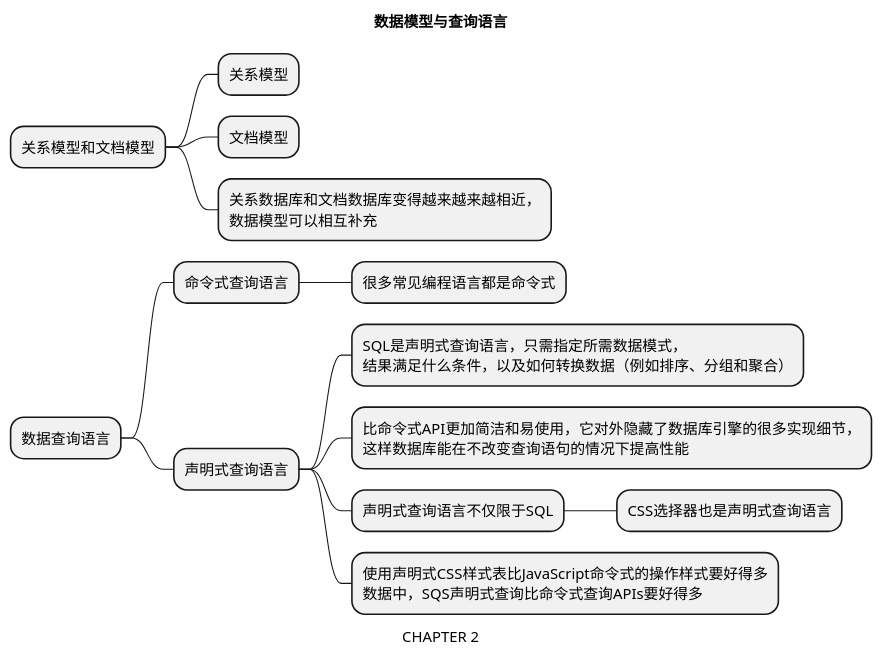
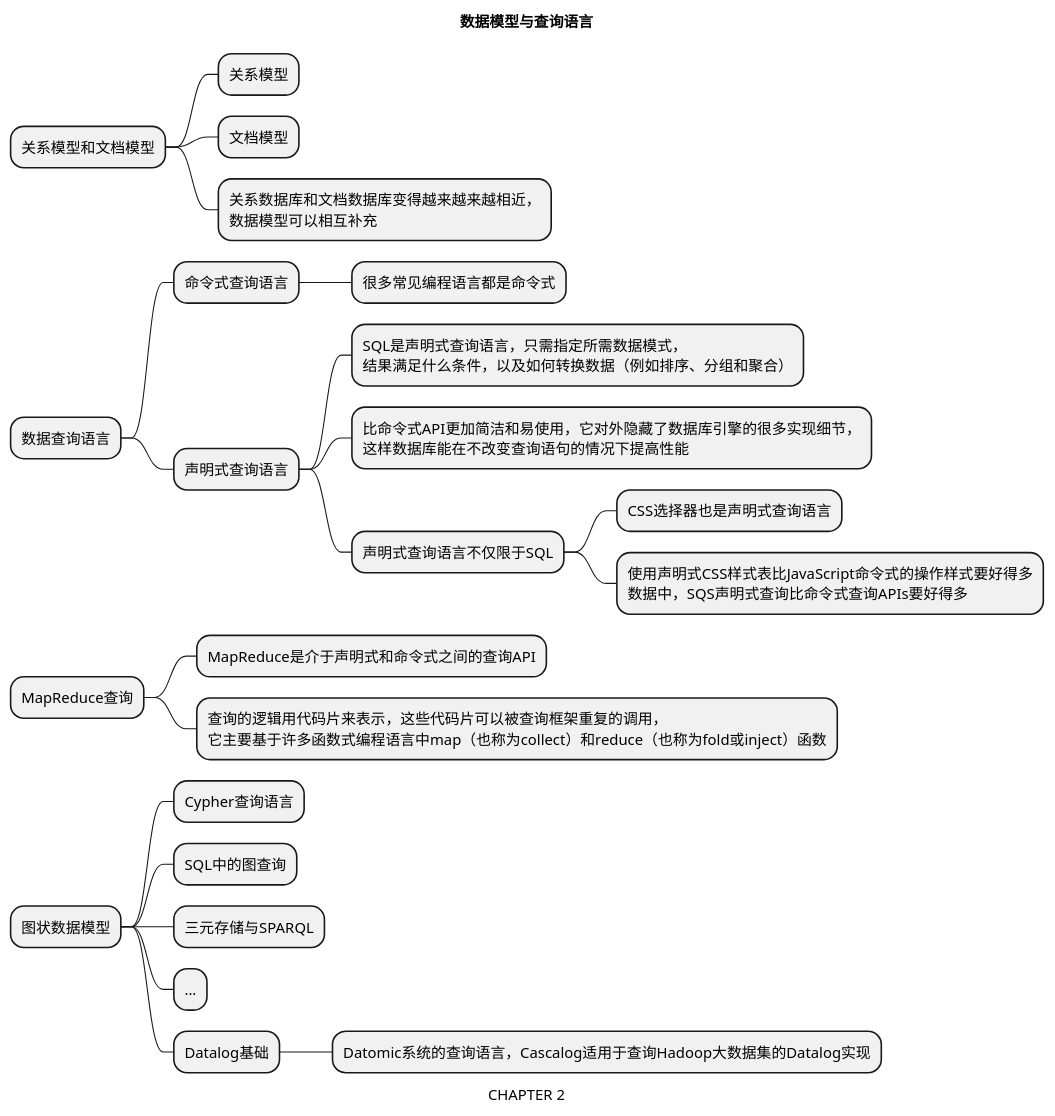
Before and after one commit to kuqi007/zor-advanced: the diagram in notes/ddia/第二章.puml, drawn with PlantUML. The commit also changed 2 other files, not shown here.

```diff
--- a/notes/ddia/第二章.puml
+++ b/notes/ddia/第二章.puml
@@ -1,30 +1,41 @@
 @startmindmap
 'https://plantuml.com/mindmap-diagram
 
 caption CHAPTER 2
 title 数据模型与查询语言
 
 * 关系模型和文档模型
 ** 关系模型
 
 
 ** 文档模型
 
 ** 关系数据库和文档数据库变得越来越来越相近，\n数据模型可以相互补充
 
 * 数据查询语言
 ** 命令式查询语言
 *** 很多常见编程语言都是命令式
 
 ** 声明式查询语言
 *** SQL是声明式查询语言，只需指定所需数据模式，\n结果满足什么条件，以及如何转换数据（例如排序、分组和聚合）
 *** 比命令式API更加简洁和易使用，它对外隐藏了数据库引擎的很多实现细节，\n这样数据库能在不改变查询语句的情况下提高性能
 *** 声明式查询语言不仅限于SQL
 **** CSS选择器也是声明式查询语言
-*** 使用声明式CSS样式表比JavaScript命令式的操作样式要好得多\n数据中，SQS声明式查询比命令式查询APIs要好得多
+**** 使用声明式CSS样式表比JavaScript命令式的操作样式要好得多\n数据中，SQS声明式查询比命令式查询APIs要好得多
 
+* MapReduce查询
+** MapReduce是介于声明式和命令式之间的查询API
+** 查询的逻辑用代码片来表示，这些代码片可以被查询框架重复的调用，\n它主要基于许多函数式编程语言中map（也称为collect）和reduce（也称为fold或inject）函数
 
+* 图状数据模型
+'超出认知了
+** Cypher查询语言
+** SQL中的图查询
+** 三元存储与SPARQL
+** ...
+** Datalog基础
+*** Datomic系统的查询语言，Cascalog适用于查询Hadoop大数据集的Datalog实现
 
 
 
 @endmindmap
```
